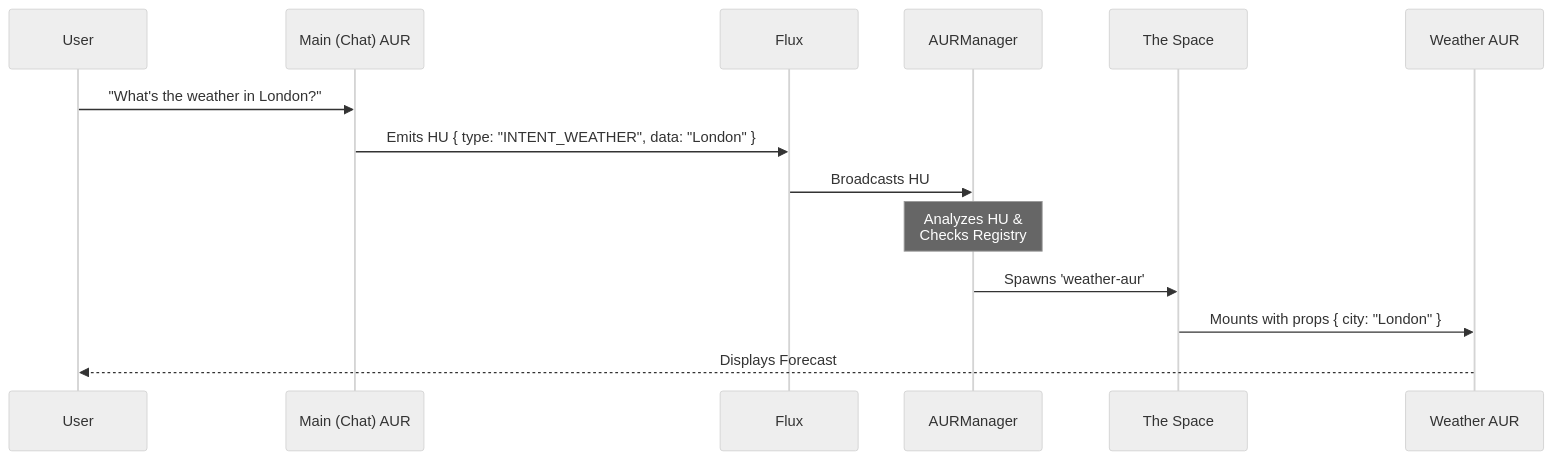
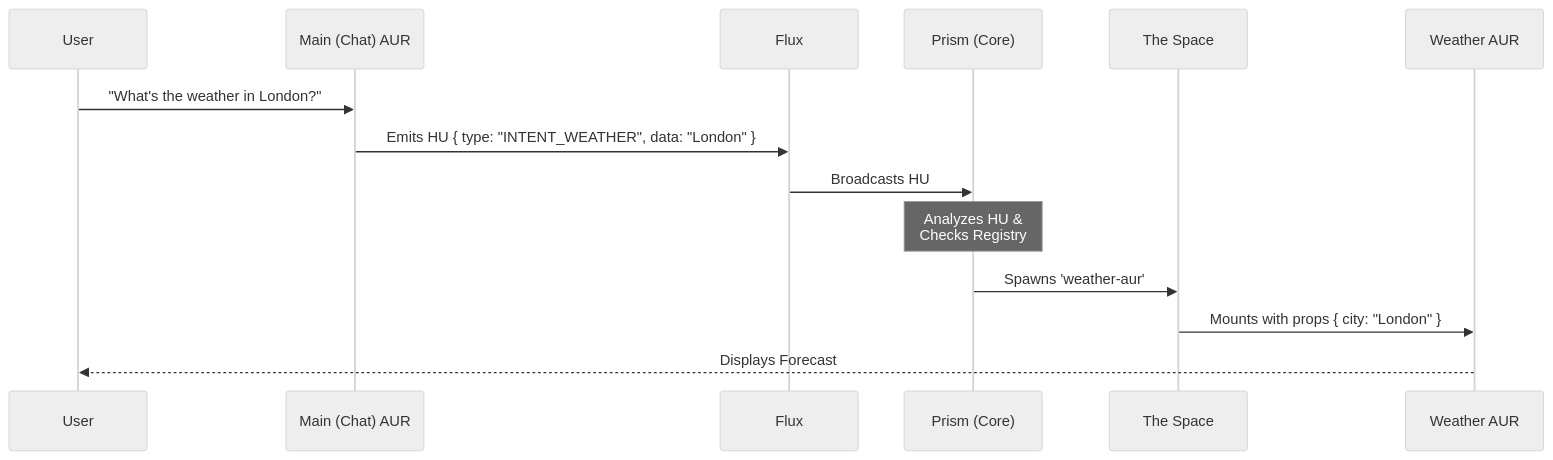
One commit to bahadiri/Aura changed the diagram in documents/Developer-Guide.md. Above: the diagram before and after it, drawn with Mermaid (neutral theme). The commit also changed other lines of this file and 1 other file, not shown here.

Commit message:
docs: Rename AURManager to Prism and define mission

````diff
--- a/documents/Developer-Guide.md
+++ b/documents/Developer-Guide.md
@@ -28,17 +28,17 @@
 ```mermaid
 sequenceDiagram
     participant User
     participant Main as Main (Chat) AUR
     participant Flux as Flux
-    participant Mgr as AURManager
+    participant Prism as Prism (Core)
     participant Space as The Space
     participant Weather as Weather AUR
 
     User->>Main: "What's the weather in London?"
     Main->>Flux: Emits HU { type: "INTENT_WEATHER", data: "London" }
-    Flux->>Mgr: Broadcasts HU
-    Note over Mgr: Analyzes HU &<br/>Checks Registry
-    Mgr->>Space: Spawns 'weather-aur'
+    Flux->>Prism: Broadcasts HU
+    Note over Prism: Analyzes HU &<br/>Checks Registry
+    Prism->>Space: Spawns 'weather-aur'
     Space->>Weather: Mounts with props { city: "London" }
     Weather-->>User: Displays Forecast
 ```
````
